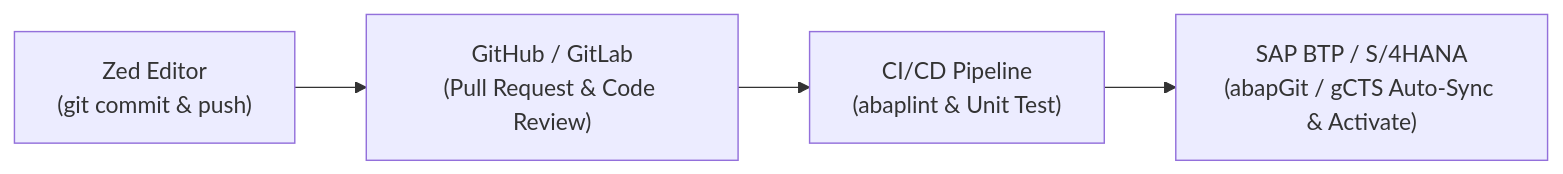
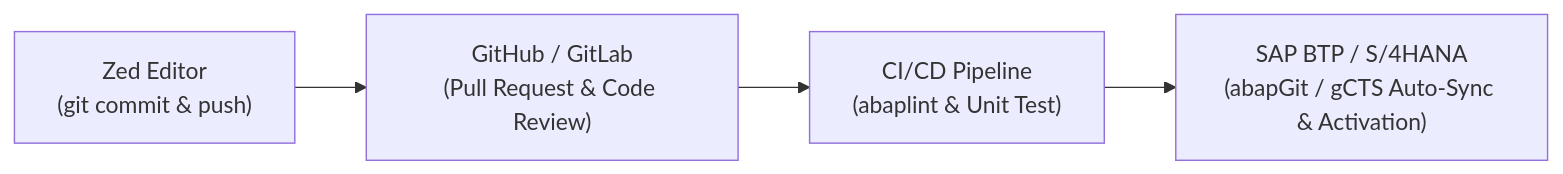
One commit to ghanda-syah/zed-ext-sap-abap changed the third of 3 diagrams in README.md. Above: the diagram before and after it, drawn with Mermaid. The commit also changed other lines of this file and 4 other files, not shown here.

Commit message:
feat(dap): add SAP-ABAP Debug Adapter Protocol (DAP) server, schema, and English documentation

````diff
--- a/README.md
+++ b/README.md
@@ -106,6 +181,6 @@
 ```mermaid
 flowchart LR
     A["Zed Editor\n(git commit & push)"] --> B["GitHub / GitLab\n(Pull Request & Code Review)"]
     B --> C["CI/CD Pipeline\n(abaplint & Unit Test)"]
-    C --> D["SAP BTP / S/4HANA\n(abapGit / gCTS Auto-Sync & Activate)"]
+    C --> D["SAP BTP / S/4HANA\n(abapGit / gCTS Auto-Sync & Activation)"]
 ```
````
